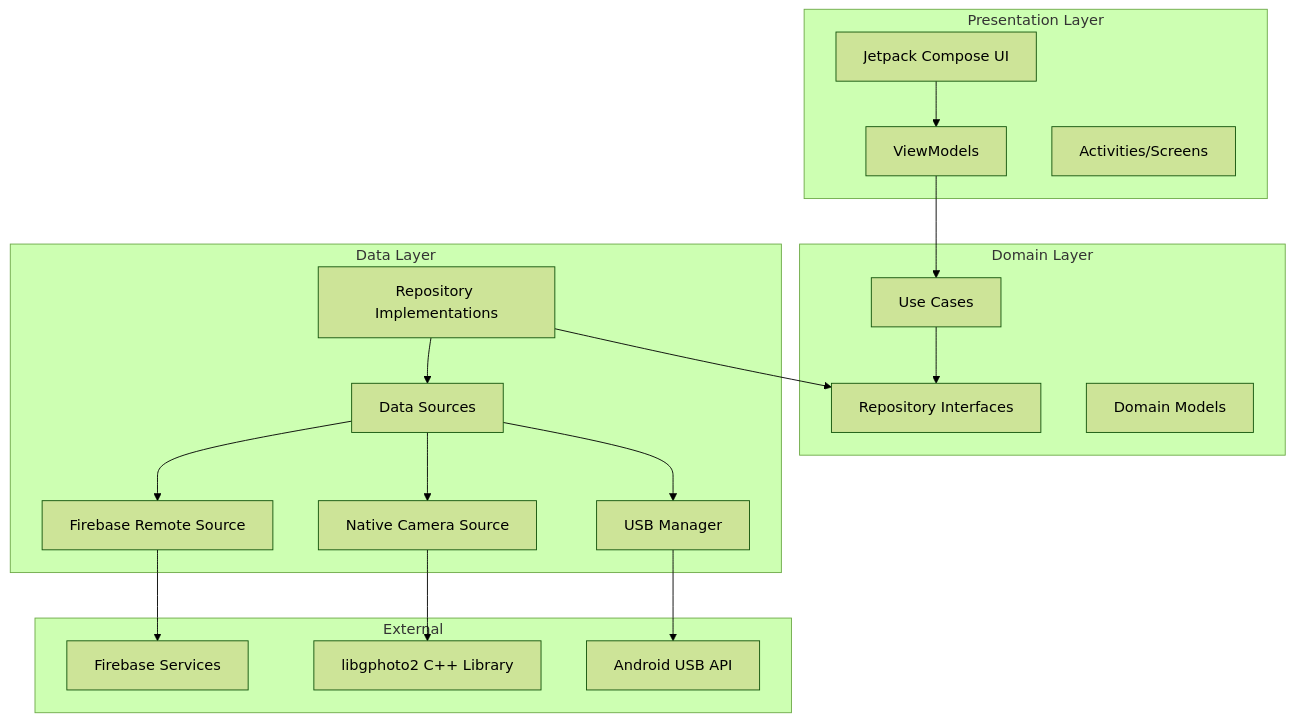
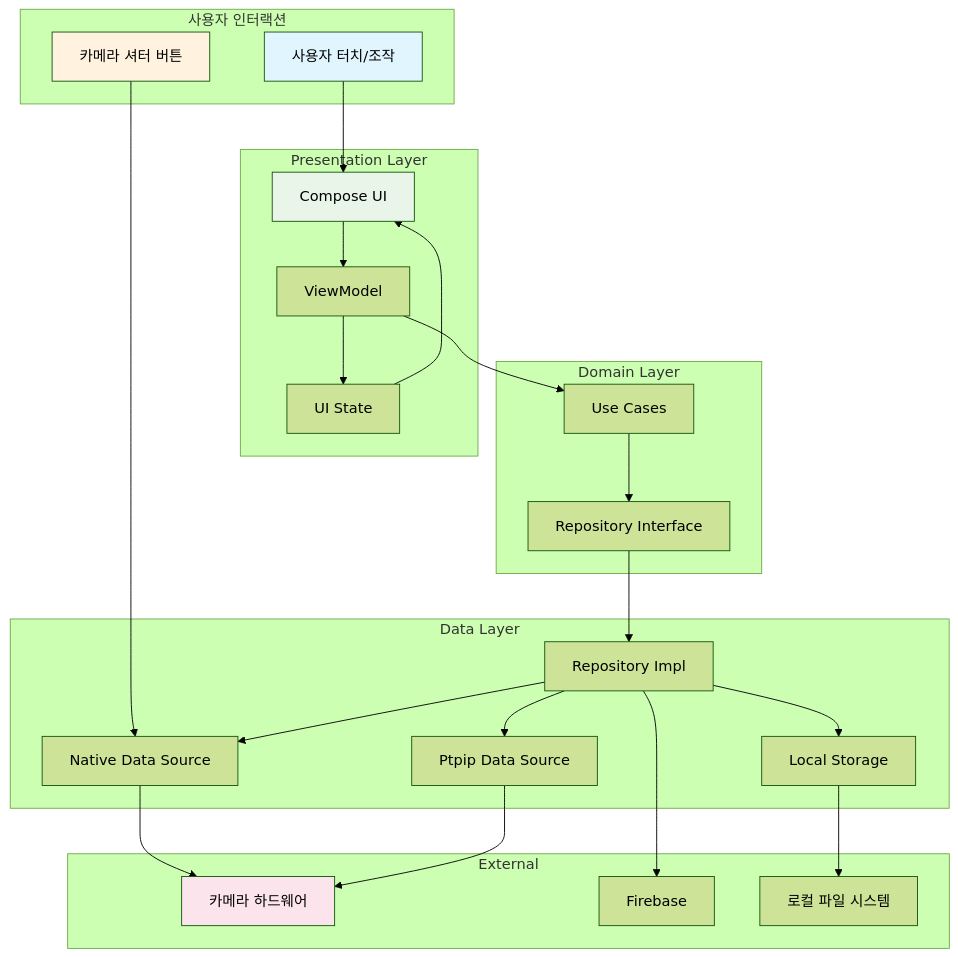
Before and after one commit to INI-K/CamCon_Pub: the first of 6 diagrams in README.md, drawn with Mermaid (forest theme). The commit also changed other lines of this file and 9 other files, not shown here.

````diff
--- a/README.md
+++ b/README.md
@@ -122,40 +150,53 @@
 ```mermaid
 graph TB
+    subgraph "사용자 인터랙션"
+        A[사용자 터치/조작]
+        B[카메라 셔터 버튼]
+    end
+    
     subgraph "Presentation Layer"
-        A[Jetpack Compose UI]
-        B[ViewModels]
-        C[Activities/Screens]
+        C[Compose UI]
+        D[ViewModel]
+        E[UI State]
     end
     
     subgraph "Domain Layer"
-        D[Use Cases]
-        E[Repository Interfaces]
-        F[Domain Models]
+        F[Use Cases]
+        G[Repository Interface]
     end
     
     subgraph "Data Layer"
-        G[Repository Implementations]
-        H[Data Sources]
-        I[Firebase Remote Source]
-        J[Native Camera Source]
-        K[USB Manager]
+        H[Repository Impl]
+        I[Native Data Source]
+        J[Ptpip Data Source]
+        K[Local Storage]
     end
     
     subgraph "External"
-        L[Firebase Services]
-        M[libgphoto2 C++ Library]
-        N[Android USB API]
+        L[카메라 하드웨어]
+        M[Firebase]
+        N[로컬 파일 시스템]
     end
     
-    A --> B
-    B --> D
-    D --> E
-    G --> E
+    A --> C
+    B --> I
+    C --> D
+    D --> F
+    F --> G
     G --> H
     H --> I
     H --> J
     H --> K
     I --> L
-    J --> M
+    J --> L
     K --> N
+    H --> M
+    
+    D --> E
+    E --> C
+    
+    style A fill:#e1f5fe
+    style B fill:#fff3e0
+    style C fill:#e8f5e8
+    style L fill:#fce4ec
 ```
````
